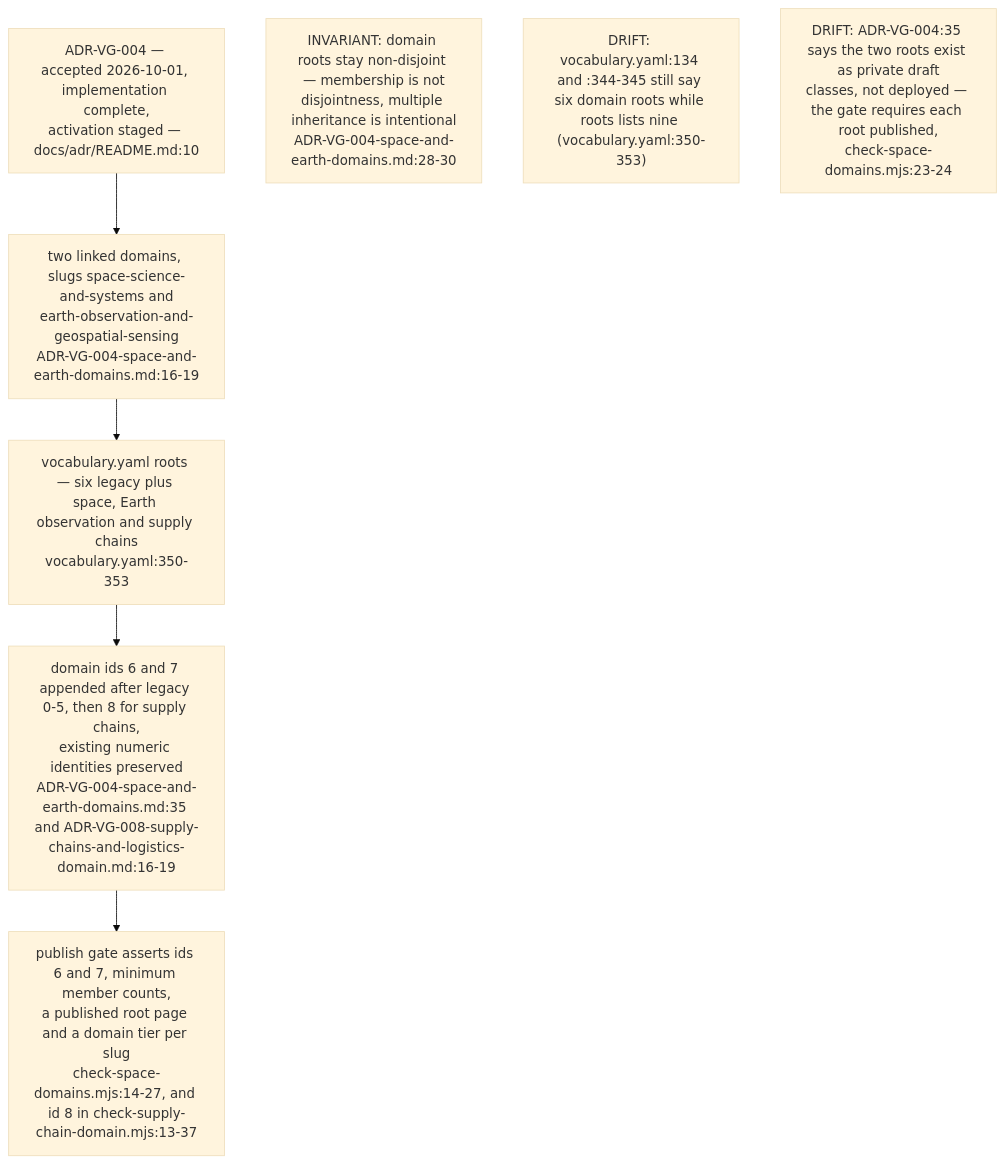
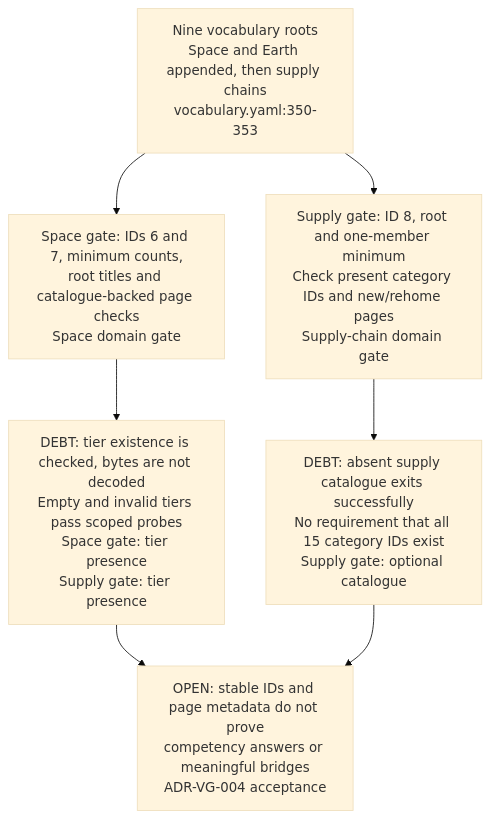
The sixth of 6 diagrams in docs/diagrams/visiongraph/01-vault-structure-and-contract.md (DreamLab-AI/VisionFlow), drawn with Mermaid (base theme) before and after one commit. The commit also changed other lines of this file and 16 other files, not shown here.

Commit message:
docs: audit visionGraph vault and domain gate contracts

````diff
--- a/docs/diagrams/visiongraph/01-vault-structure-and-contract.md
+++ b/docs/diagrams/visiongraph/01-vault-structure-and-contract.md
@@ -167,12 +131,18 @@
 ```mermaid
 flowchart TB
-    ADR["ADR-VG-004 — accepted 2026-10-01, implementation complete,<br/>activation staged — docs/adr/README.md:10"]
-    SLUGS["two linked domains, slugs space-science-and-systems and<br/>earth-observation-and-geospatial-sensing<br/>ADR-VG-004-space-and-earth-domains.md:16-19"]
-    ROOTS["vocabulary.yaml roots — six legacy plus space, Earth observation and supply chains<br/>vocabulary.yaml:350-353"]
-    IDS["domain ids 6 and 7 appended after legacy 0-5, then 8 for supply chains,<br/>existing numeric identities preserved<br/>ADR-VG-004-space-and-earth-domains.md:35 and ADR-VG-008-supply-chains-and-logistics-domain.md:16-19"]
-    GATE["publish gate asserts ids 6 and 7, minimum member counts,<br/>a published root page and a domain tier per slug<br/>check-space-domains.mjs:14-27, and id 8 in check-supply-chain-domain.mjs:13-37"]
-    ADR --> SLUGS --> ROOTS --> IDS --> GATE
-    note1["INVARIANT: domain roots stay non-disjoint — membership is not<br/>disjointness, multiple inheritance is intentional<br/>ADR-VG-004-space-and-earth-domains.md:28-30"]
-    note2["DRIFT: vocabulary.yaml:134 and :344-345 still say six domain roots while roots lists nine #40;vocabulary.yaml:350-353#41;"]
-    note3["DRIFT: ADR-VG-004:35 says the two roots exist as private draft<br/>classes, not deployed — the gate requires each root published,<br/>check-space-domains.mjs:23-24"]
+    ROOTS["Nine vocabulary roots<br/>Space and Earth appended, then supply chains<br/>vocabulary.yaml:350-353"]
+    %% Source: check-space-domains.mjs:14-35,40-75
+    SPACE["Space gate: IDs 6 and 7, minimum counts,<br/>root titles and catalogue-backed page checks<br/>Space domain gate"]
+    %% Source: check-supply-chain-domain.mjs:31-46,62-77
+    SUP["Supply gate: ID 8, root and one-member minimum<br/>Check present category IDs and new/rehome pages<br/>Supply-chain domain gate"]
+    %% Source: check-space-domains.mjs:25, check-supply-chain-domain.mjs:36
+    TIERS["DEBT: tier existence is checked, bytes are not decoded<br/>Empty and invalid tiers pass scoped probes<br/>Space gate: tier presence<br/>Supply gate: tier presence"]
+    %% Source: check-supply-chain-domain.mjs:42-54
+    SKIP["DEBT: absent supply catalogue exits successfully<br/>No requirement that all 15 category IDs exist<br/>Supply gate: optional catalogue"]
+    ROOTS --> SPACE --> TIERS
+    ROOTS --> SUP --> SKIP
+    %% Source: ADR-VG-004-space-and-earth-domains.md:43-44
+    NOTE["OPEN: stable IDs and page metadata do not prove<br/>competency answers or meaningful bridges<br/>ADR-VG-004 acceptance"]
+    TIERS --> NOTE
+    SKIP --> NOTE
 ```
````
